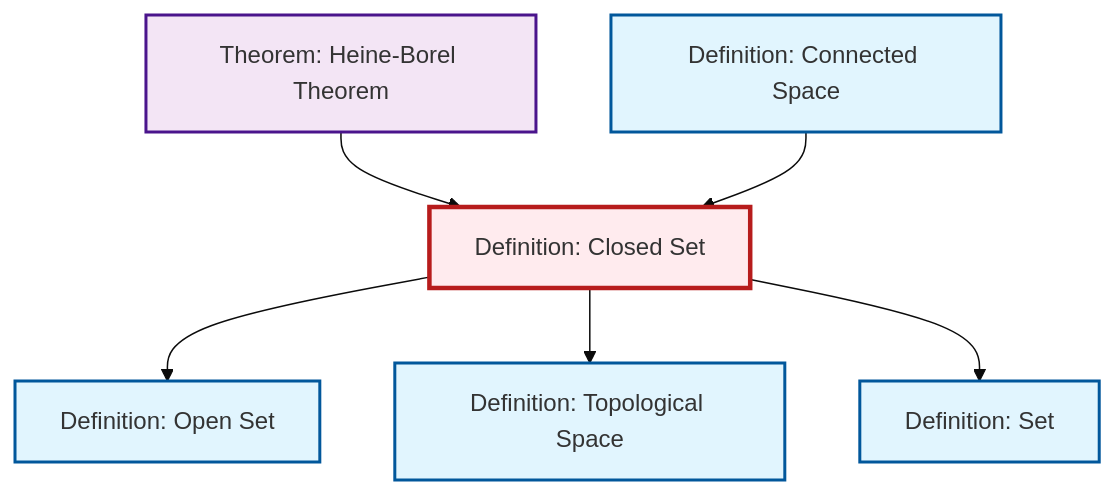
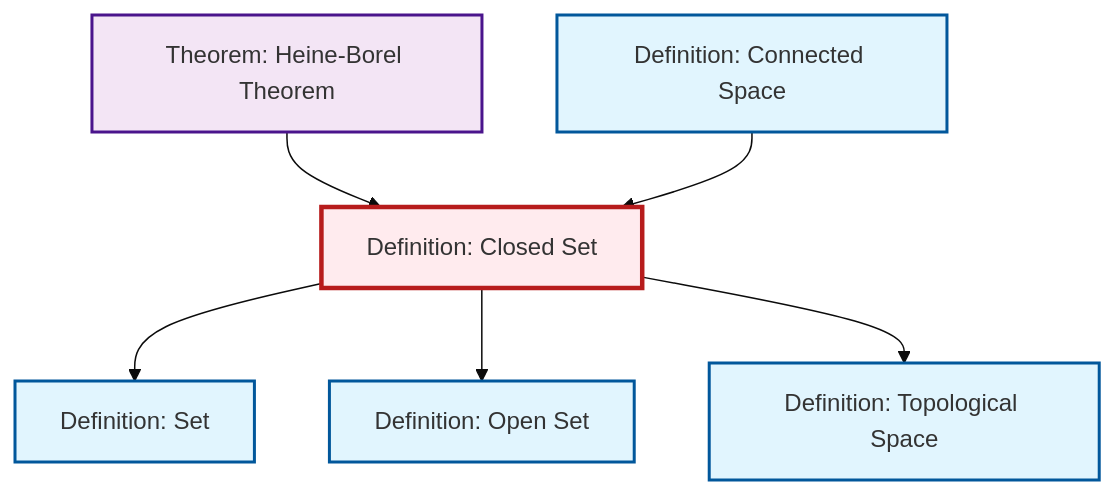
Before and after one commit to RK0429/ModernMath: the diagram in content/en/topology/def-closed-set.qmd, drawn with Mermaid (base theme). The commit also changed other lines of this file and 328 other files, not shown here.

````diff
--- a/content/en/topology/def-closed-set.qmd
+++ b/content/en/topology/def-closed-set.qmd
@@ -44,26 +44,26 @@
 ```{mermaid}
 %%| fig-cap: "Local dependency graph"
 graph TD
     classDef definition fill:#e1f5fe,stroke:#01579b,stroke-width:2px
     classDef theorem fill:#f3e5f5,stroke:#4a148c,stroke-width:2px
     classDef axiom fill:#fff3e0,stroke:#e65100,stroke-width:2px
     classDef example fill:#e8f5e9,stroke:#1b5e20,stroke-width:2px
     classDef current fill:#ffebee,stroke:#b71c1c,stroke-width:3px
+    thm-heine-borel["Theorem: Heine-Borel Theorem"]:::theorem
+    def-open-set["Definition: Open Set"]:::definition
+    def-connected["Definition: Connected Space"]:::definition
     def-set["Definition: Set"]:::definition
     def-topological-space["Definition: Topological Space"]:::definition
     def-closed-set["Definition: Closed Set"]:::definition
-    thm-heine-borel["Theorem: Heine-Borel Theorem"]:::theorem
-    def-open-set["Definition: Open Set"]:::definition
-    def-connected["Definition: Connected Space"]:::definition
-    def-closed-set --> def-open-set
     thm-heine-borel --> def-closed-set
     def-connected --> def-closed-set
+    def-closed-set --> def-set
+    def-closed-set --> def-open-set
     def-closed-set --> def-topological-space
-    def-closed-set --> def-set
     class def-closed-set current
-    click def-set "def-set.html" "Go to Set definition"
-    click def-topological-space "def-topological-space.html" "Go to Topological Space definition"
     click thm-heine-borel "thm-heine-borel.html" "Go to Heine-Borel Theorem theorem"
     click def-open-set "def-open-set.html" "Go to Open Set definition"
     click def-connected "def-connected.html" "Go to Connected Space definition"
+    click def-set "def-set.html" "Go to Set definition"
+    click def-topological-space "def-topological-space.html" "Go to Topological Space definition"
 ```
````
